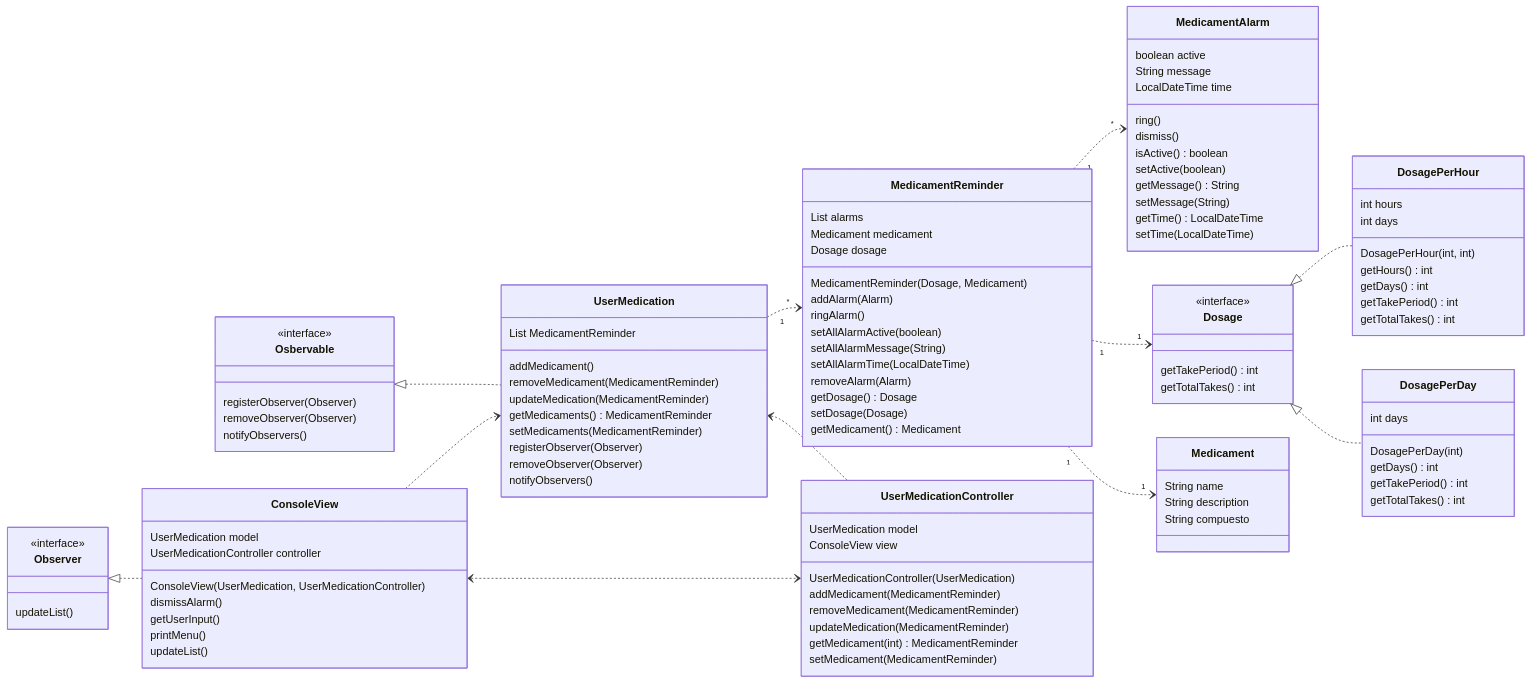
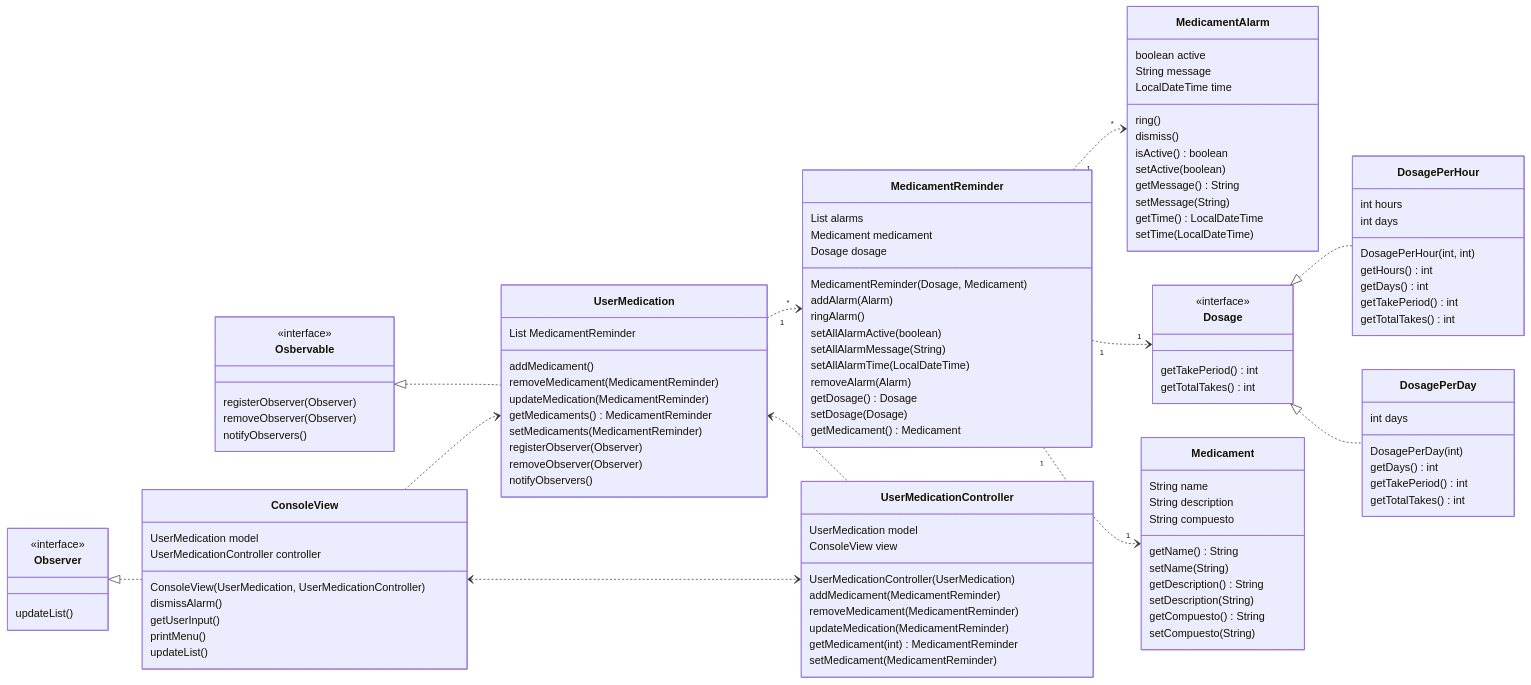
The diagram in docs/2. Requirements/Artifacts.md (jeusmatthew/Medication-System), drawn with Mermaid before and after one commit.

Commit message:
Add getters and setters for UserMedication class

```diff
--- a/docs/2. Requirements/Artifacts.md
+++ b/docs/2. Requirements/Artifacts.md
@@ -22,7 +22,7 @@
         updateMedication(MedicamentReminder)
         getMedicaments() MedicamentReminder 
         setMedicaments(MedicamentReminder)
-        
+
         registerObserver(Observer)
         removeObserver(Observer)
         notifyObservers()
@@ -103,6 +103,14 @@
         String name
         String description
         String compuesto
+
+        getName() String
+        setName(String)
+        getDescription() String
+        setDescription(String) 
+        getCompuesto() String
+        setCompuesto(String) 
+
     }
 
     Osbervable <|.. UserMedication
```
